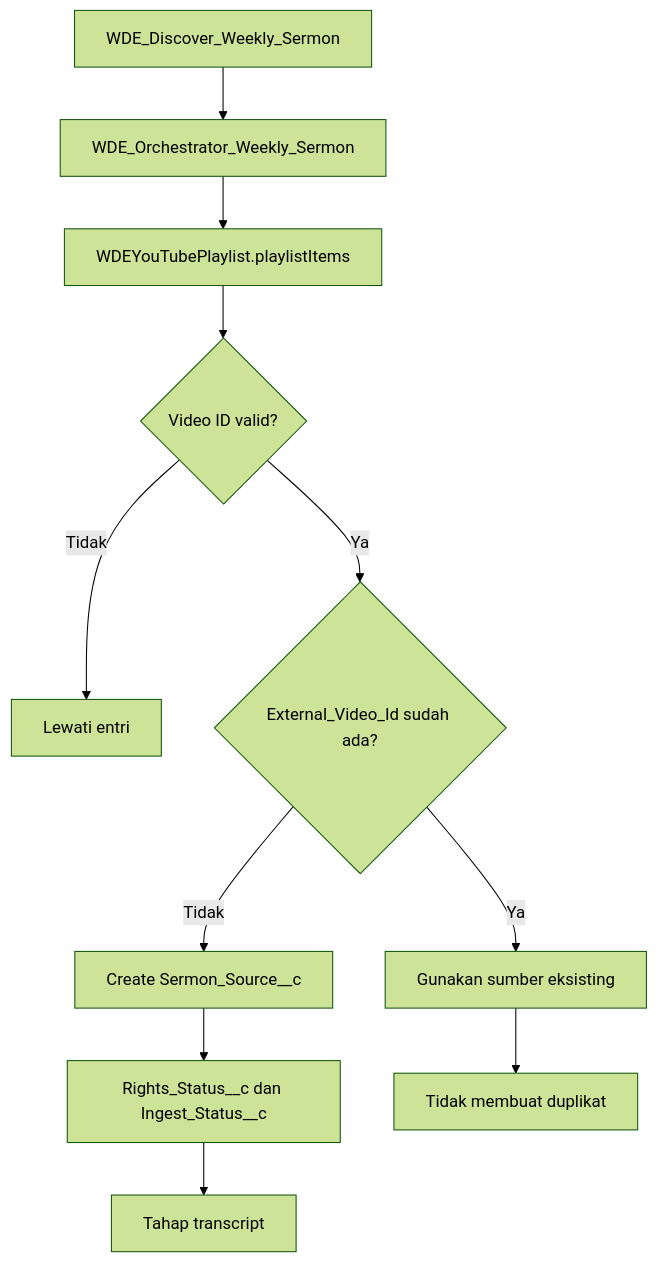
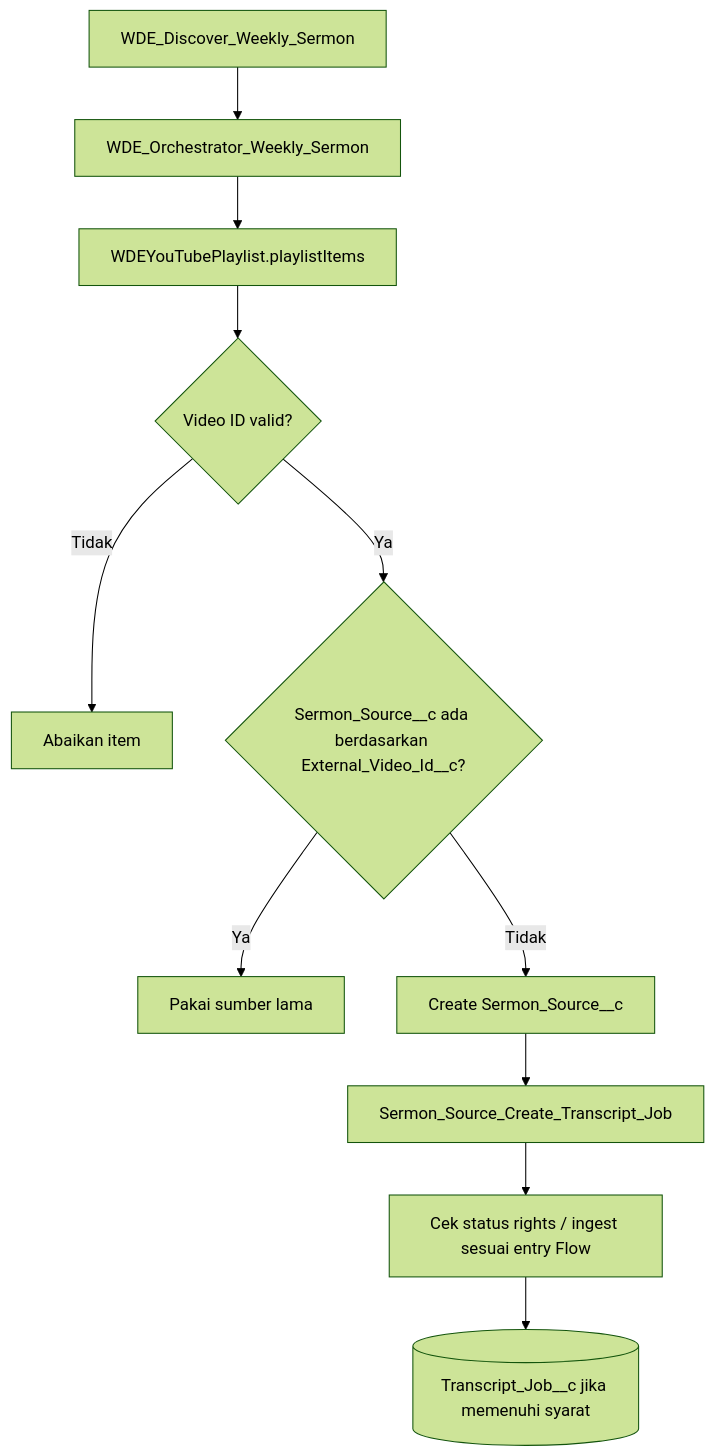
One commit to jimmytobing/Syntetic-Wisdom changed the third of 28 diagrams in SADD-WDE.md. Above: the diagram before and after it, drawn with Mermaid (forest theme). The commit also changed other lines of this file, not shown here.

Commit message:
docs(wde): align visual SADD with two-workflow cleanup and label all Salesforce flows

````diff
--- a/SADD-WDE.md
+++ b/SADD-WDE.md
@@ -70,13 +67,13 @@
 ```mermaid
 flowchart TD
   START["WDE_Discover_Weekly_Sermon"] --> ORCH["WDE_Orchestrator_Weekly_Sermon"]
   ORCH --> PL["WDEYouTubePlaylist.playlistItems"]
   PL --> VALID{"Video ID valid?"}
-  VALID -- "Tidak" --> SKIP["Lewati entri"]
-  VALID -- "Ya" --> EXISTS{"External_Video_Id sudah ada?"}
-  EXISTS -- "Ya" --> REUSE["Gunakan sumber eksisting"]
+  VALID -- "Tidak" --> SKIP["Abaikan item"]
+  VALID -- "Ya" --> EXISTS{"Sermon_Source__c ada berdasarkan External_Video_Id__c?"}
+  EXISTS -- "Ya" --> REUSE["Pakai sumber lama"]
   EXISTS -- "Tidak" --> CREATE["Create Sermon_Source__c"]
-  CREATE --> RIGHTS["Rights_Status__c dan Ingest_Status__c"]
-  RIGHTS --> INGEST["Tahap transcript"]
-  REUSE --> END["Tidak membuat duplikat"]
+  CREATE --> TRIGGER["Sermon_Source_Create_Transcript_Job"]
+  TRIGGER --> RIGHTS["Cek status rights / ingest sesuai entry Flow"]
+  RIGHTS --> JOB[("Transcript_Job__c jika memenuhi syarat")]
 ```
````
